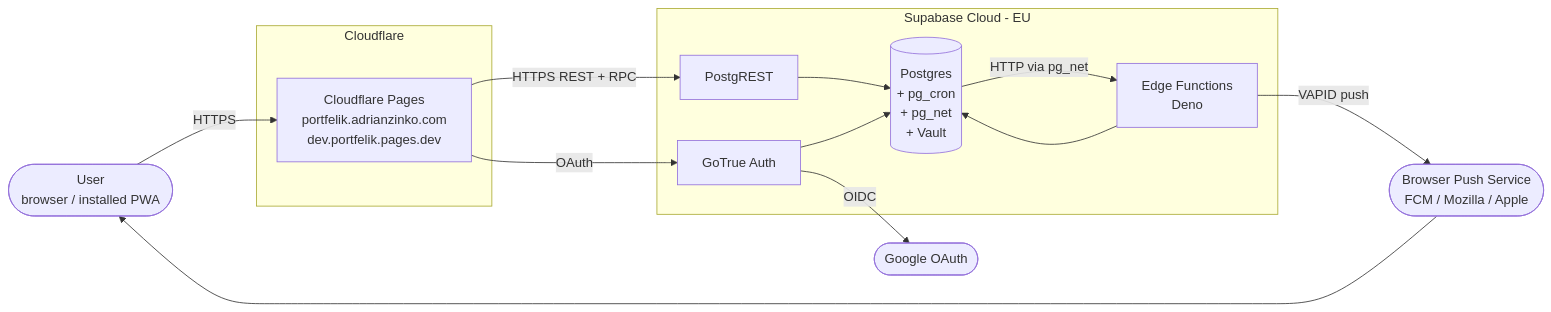
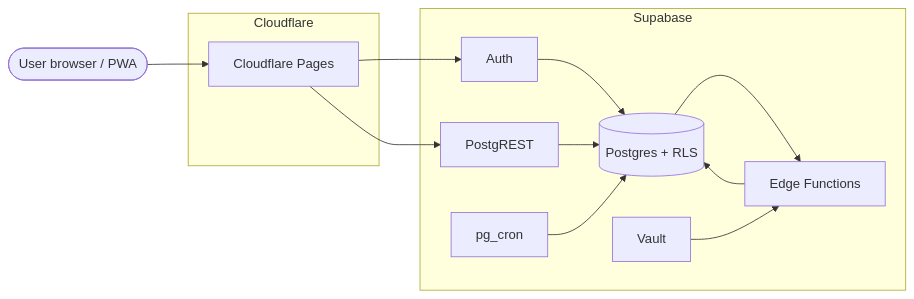
The first of 4 diagrams in docs/architecture/overview.md (adrianghub/portfelik), drawn with Mermaid before and after one commit. The commit also changed other lines of this file and 34 other files, not shown here.

````diff
--- a/docs/architecture/overview.md
+++ b/docs/architecture/overview.md
@@ -7,28 +9,27 @@
 ```mermaid
 flowchart LR
-    user([User<br/>browser / installed PWA])
-    google([Google OAuth])
-    push([Browser Push Service<br/>FCM / Mozilla / Apple])
+  user([User browser / PWA])
 
-    subgraph cf[Cloudflare]
-        pages[Cloudflare Pages<br/>portfelik.adrianzinko.com<br/>dev.portfelik.pages.dev]
-    end
+  subgraph cf[Cloudflare]
+    pages[Cloudflare Pages]
+  end
 
-    subgraph sb[Supabase Cloud - EU]
-        pg[(Postgres<br/>+ pg_cron<br/>+ pg_net<br/>+ Vault)]
-        auth[GoTrue Auth]
-        rest[PostgREST]
-        ef[Edge Functions<br/>Deno]
-    end
+  subgraph sb[Supabase]
+    auth[Auth]
+    rest[PostgREST]
+    pg[(Postgres + RLS)]
+    ef[Edge Functions]
+    cron[pg_cron]
+    vault[Vault]
+  end
 
-    user -->|HTTPS| pages
-    pages -->|HTTPS REST + RPC| rest
-    pages -->|OAuth| auth
-    auth -->|OIDC| google
-    rest --> pg
-    auth --> pg
-    pg -->|HTTP via pg_net| ef
-    ef --> pg
-    ef -->|VAPID push| push
-    push --> user
+  user --> pages
+  pages --> auth
+  pages --> rest
+  rest --> pg
+  auth --> pg
+  cron --> pg
+  pg --> ef
+  ef --> pg
+  vault --> ef
 ```
````
